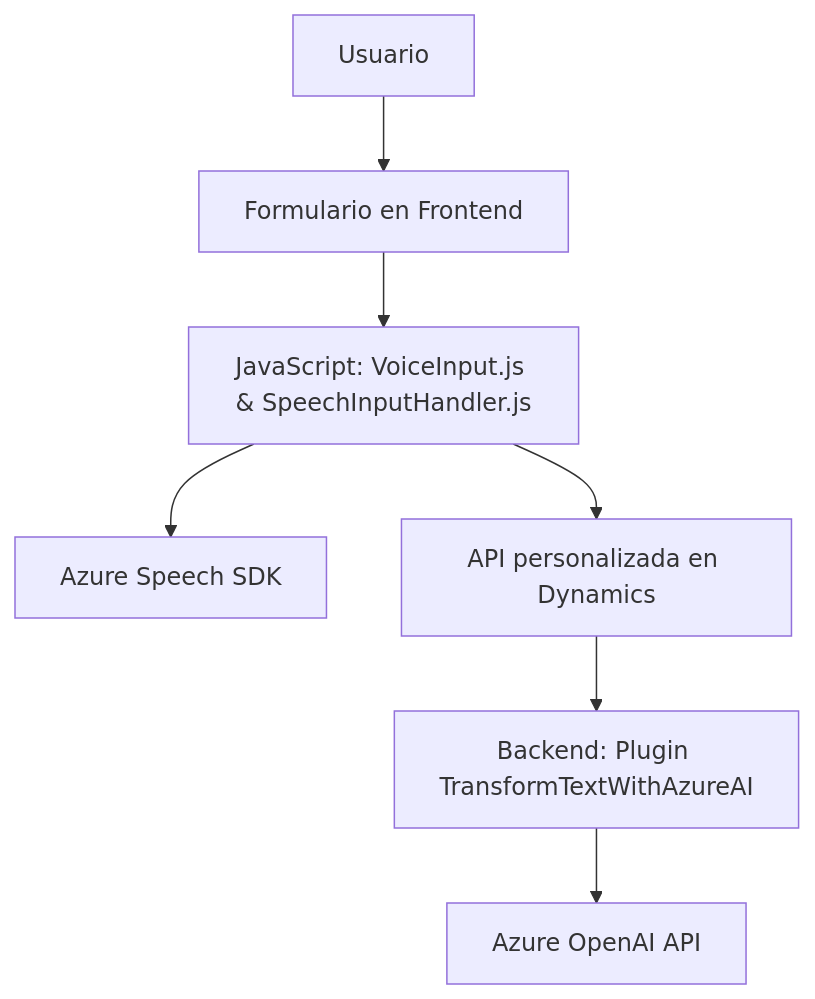
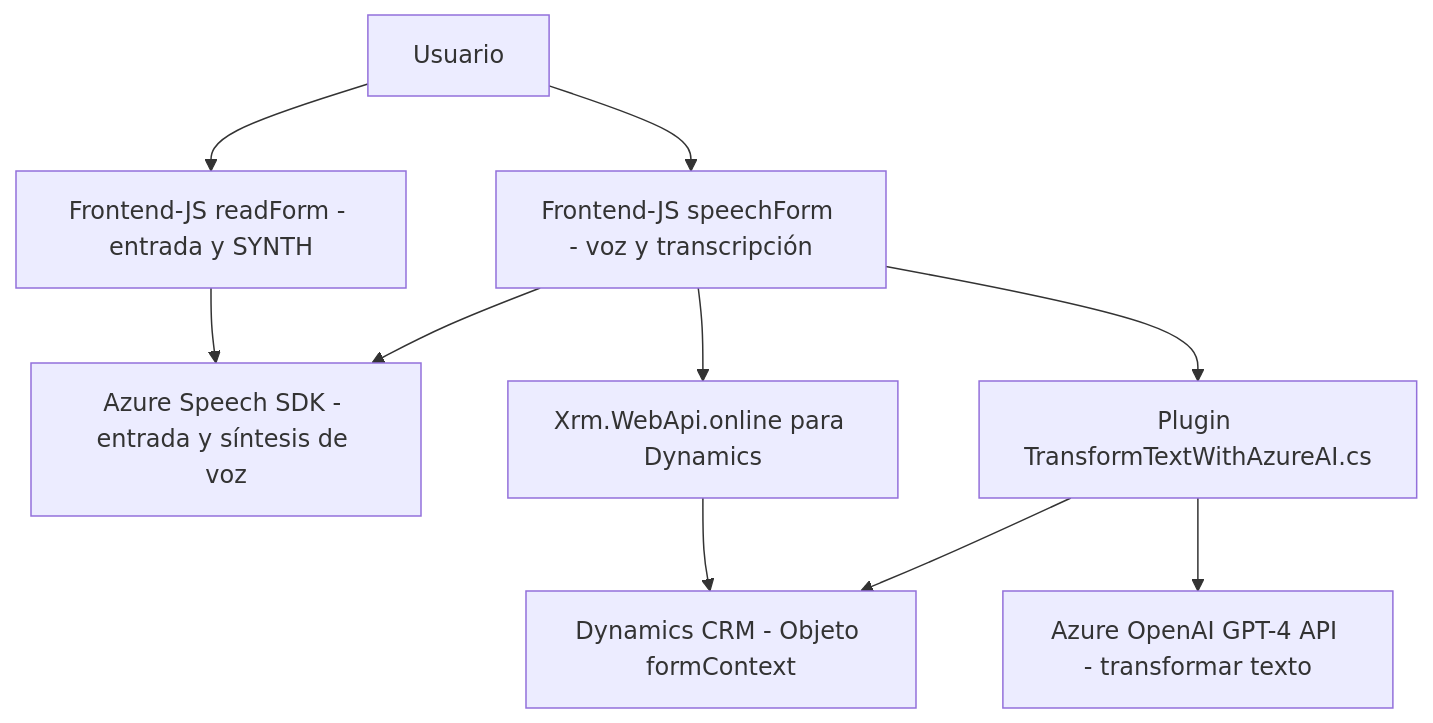
The diagram in README.md (blopezdm/NETCORE_BILBAO2025), drawn with Mermaid before and after one commit. The commit also changed other lines of this file, not shown here.

````diff
--- a/README.md
+++ b/README.md
@@ -43,9 +46,12 @@
 ```mermaid
 graph TD
-    A["Usuario"] --> B["Formulario en Frontend"]
-    B --> C["JavaScript: VoiceInput.js & SpeechInputHandler.js"]
-    C --> D["Azure Speech SDK"]
-    C --> E["API personalizada en Dynamics"]
-    E --> F["Backend: Plugin TransformTextWithAzureAI"]
-    F --> G["Azure OpenAI API"]
+  A[Usuario] --> B["Frontend-JS readForm - entrada y SYNTH"]
+  A --> C["Frontend-JS speechForm - voz y transcripción"]
+  B --> D["Azure Speech SDK - entrada y síntesis de voz"]
+  C --> D
+  C --> J["Xrm.WebApi.online para Dynamics"]
+  J --> G["Dynamics CRM - Objeto formContext"]
+  C --> F["Plugin TransformTextWithAzureAI.cs"]
+  F --> E["Azure OpenAI GPT-4 API - transformar texto"]
+  F --> G
 ```
````
